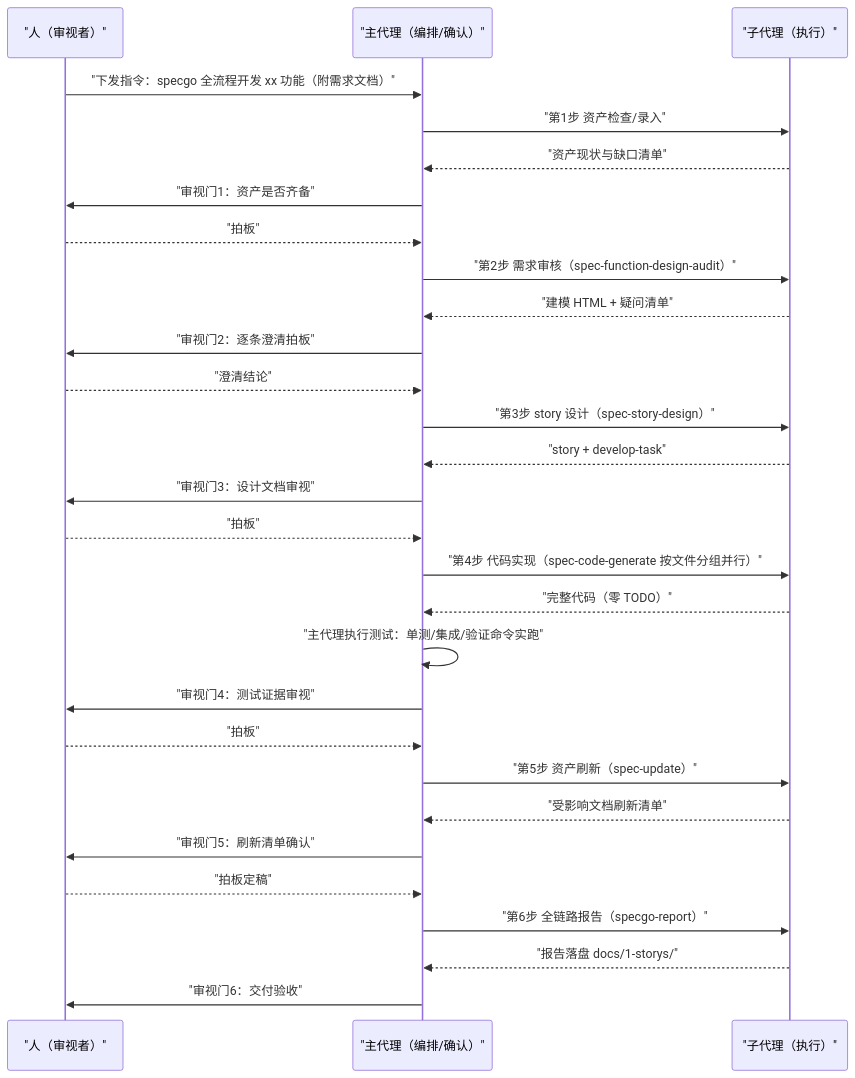
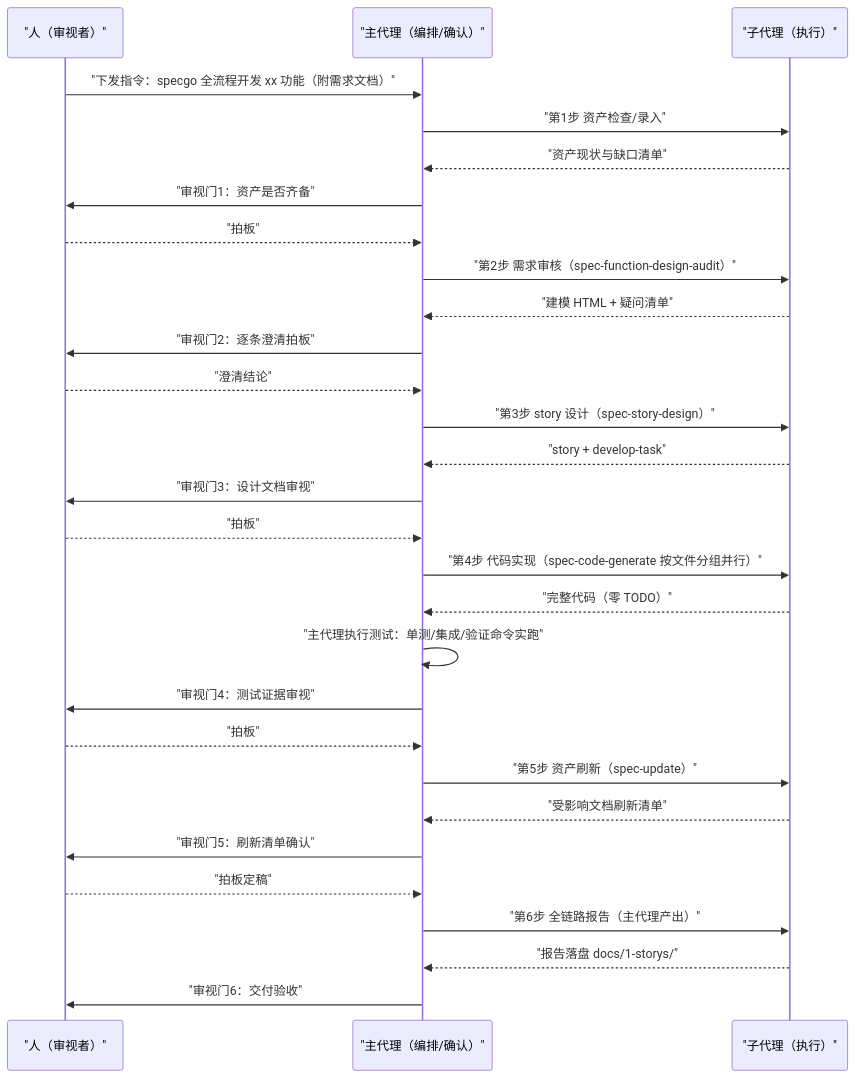
One commit to CoreGeekASTL/specgo changed the fourth of 4 diagrams in README.md. Above: the diagram before and after it, drawn with Mermaid. The commit also changed other lines of this file and 61 other files, not shown here.

````diff
--- a/README.md
+++ b/README.md
@@ -158,31 +150,31 @@
 ```mermaid
 sequenceDiagram
     participant H as "人（审视者）"
     participant M as "主代理（编排/确认）"
     participant W as "子代理（执行）"
     H->>M: "下发指令：specgo 全流程开发 xx 功能（附需求文档）"
     M->>W: "第1步 资产检查/录入"
     W-->>M: "资产现状与缺口清单"
     M->>H: "审视门1：资产是否齐备"
     H-->>M: "拍板"
     M->>W: "第2步 需求审核（spec-function-design-audit）"
     W-->>M: "建模 HTML + 疑问清单"
     M->>H: "审视门2：逐条澄清拍板"
     H-->>M: "澄清结论"
     M->>W: "第3步 story 设计（spec-story-design）"
     W-->>M: "story + develop-task"
     M->>H: "审视门3：设计文档审视"
     H-->>M: "拍板"
     M->>W: "第4步 代码实现（spec-code-generate 按文件分组并行）"
     W-->>M: "完整代码（零 TODO）"
     M->>M: "主代理执行测试：单测/集成/验证命令实跑"
     M->>H: "审视门4：测试证据审视"
     H-->>M: "拍板"
     M->>W: "第5步 资产刷新（spec-update）"
     W-->>M: "受影响文档刷新清单"
     M->>H: "审视门5：刷新清单确认"
     H-->>M: "拍板定稿"
-    M->>W: "第6步 全链路报告（specgo-report）"
+    M->>W: "第6步 全链路报告（主代理产出）"
     W-->>M: "报告落盘 docs/1-storys/"
     M->>H: "审视门6：交付验收"
 ```
````
